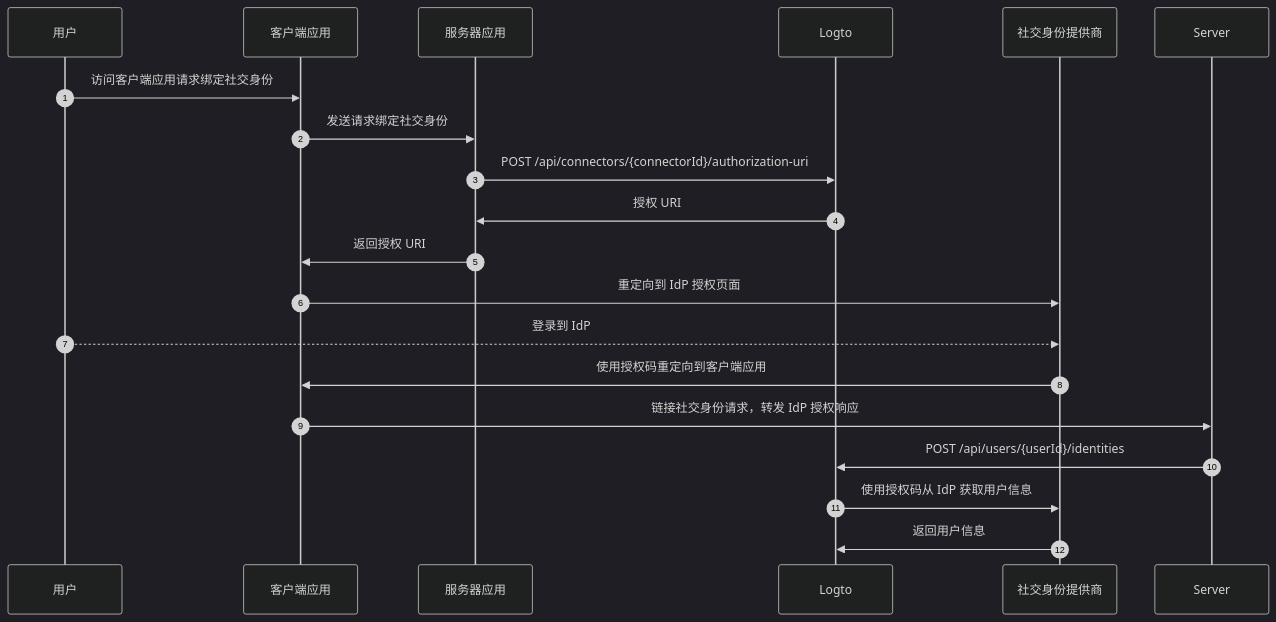
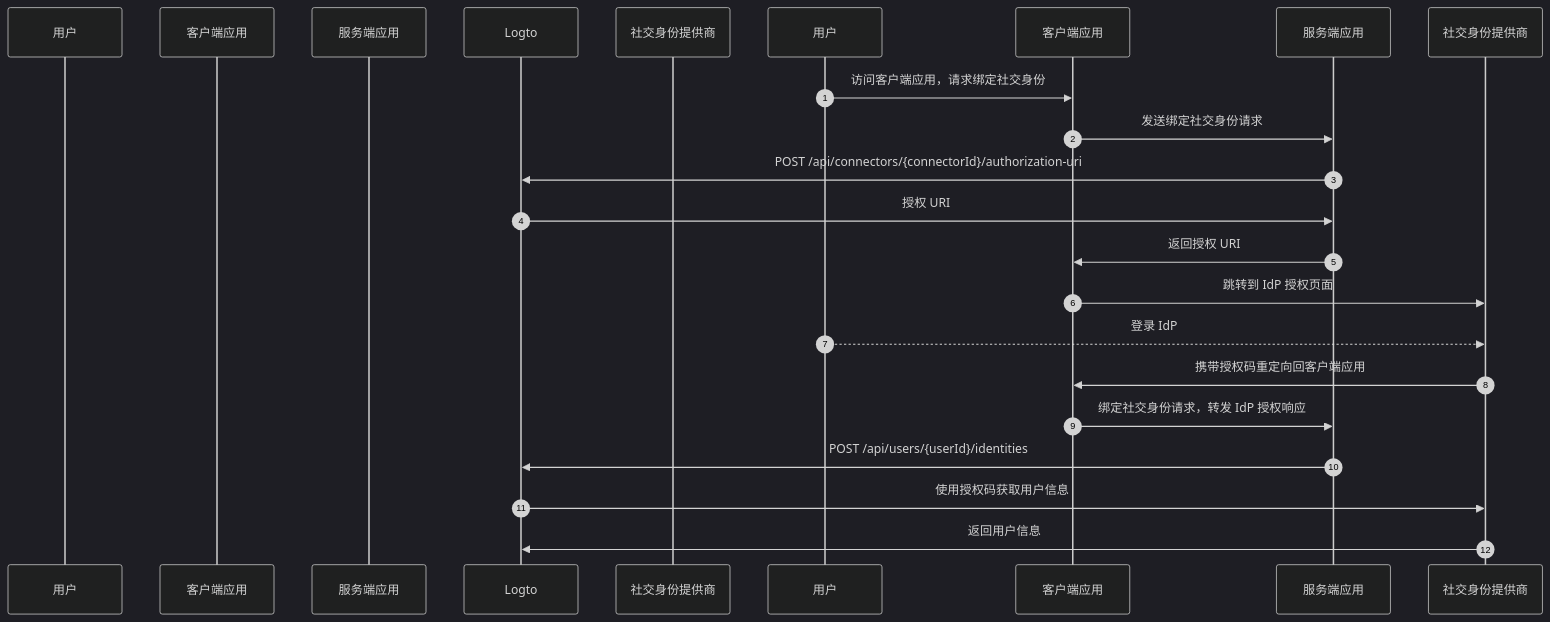
One commit to logto-io/docs changed the third of 3 diagrams in i18n/zh-CN/docusaurus-plugin-content-docs/current/end-user-flows/account-settings/by-management-api.mdx. Above: the diagram before and after it, drawn with Mermaid (dark theme). The commit also changed other lines of this file and 35 other files, not shown here.

````diff
--- a/i18n/zh-CN/docusaurus-plugin-content-docs/current/end-user-flows/account-settings/by-management-api.mdx
+++ b/i18n/zh-CN/docusaurus-plugin-content-docs/current/end-user-flows/account-settings/by-management-api.mdx
@@ -120,22 +120,22 @@
 ```mermaid
 sequenceDiagram
     autoNumber
     participant User as 用户
     participant Client as 客户端应用
-    participant App as 服务器应用
+    participant App as 服务端应用
     participant Logto as Logto
     participant IdP as 社交身份提供商
 
-    User ->> Client: 访问客户端应用请求绑定社交身份
-    Client ->> App: 发送请求绑定社交身份
-    App ->> Logto: POST /api/connectors/{connectorId}/authorization-uri
-    Logto ->> App: 授权 URI
-    App ->> Client: 返回授权 URI
-    Client ->> IdP: 重定向到 IdP 授权页面
-    User -->> IdP: 登录到 IdP
-    IdP ->> Client: 使用授权码重定向到客户端应用
-    Client ->> Server: 链接社交身份请求，转发 IdP 授权响应
-    Server ->> Logto: POST /api/users/{userId}/identities
-    Logto ->> IdP: 使用授权码从 IdP 获取用户信息
-    IdP ->> Logto: 返回用户信息
+    用户 ->> 客户端应用: 访问客户端应用，请求绑定社交身份
+    客户端应用 ->> 服务端应用: 发送绑定社交身份请求
+    服务端应用 ->> Logto: POST /api/connectors/{connectorId}/authorization-uri
+    Logto ->> 服务端应用: 授权 URI
+    服务端应用 ->> 客户端应用: 返回授权 URI
+    客户端应用 ->> 社交身份提供商: 跳转到 IdP 授权页面
+    用户 -->> 社交身份提供商: 登录 IdP
+    社交身份提供商 ->> 客户端应用: 携带授权码重定向回客户端应用
+    客户端应用 ->> 服务端应用: 绑定社交身份请求，转发 IdP 授权响应
+    服务端应用 ->> Logto: POST /api/users/{userId}/identities
+    Logto ->> 社交身份提供商: 使用授权码获取用户信息
+    社交身份提供商 ->> Logto: 返回用户信息
 ```
````
